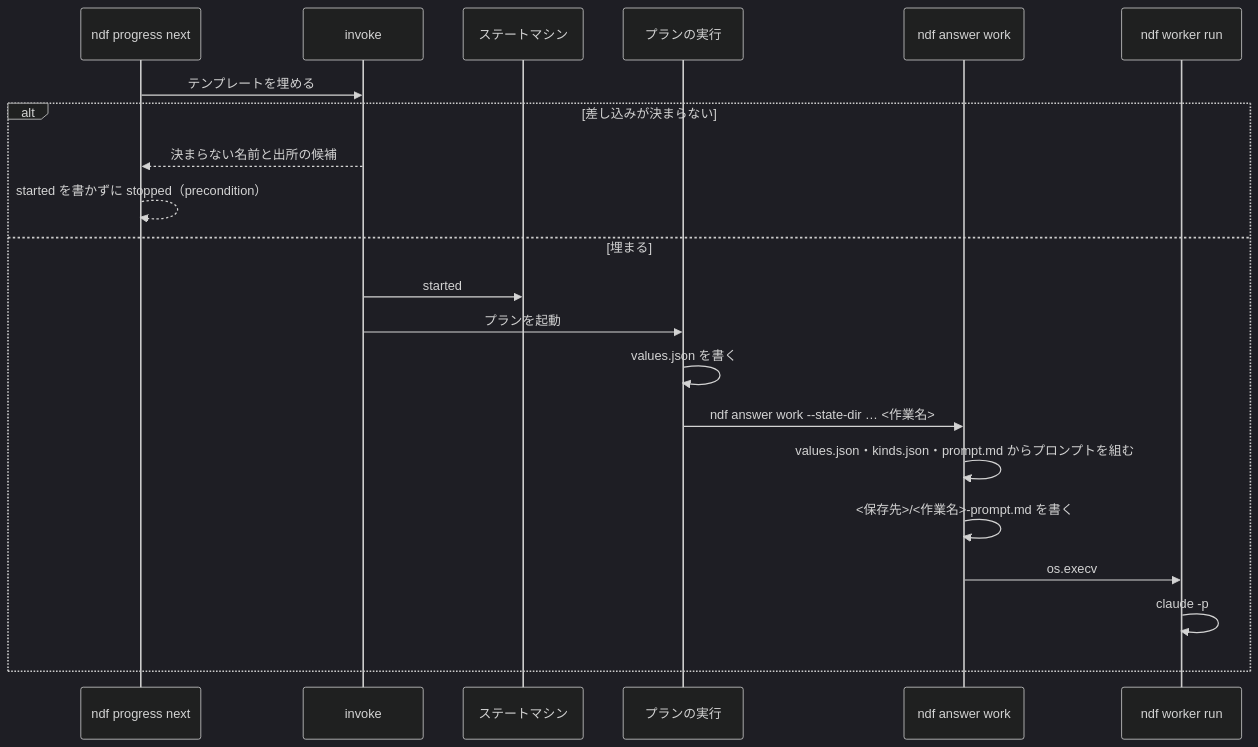
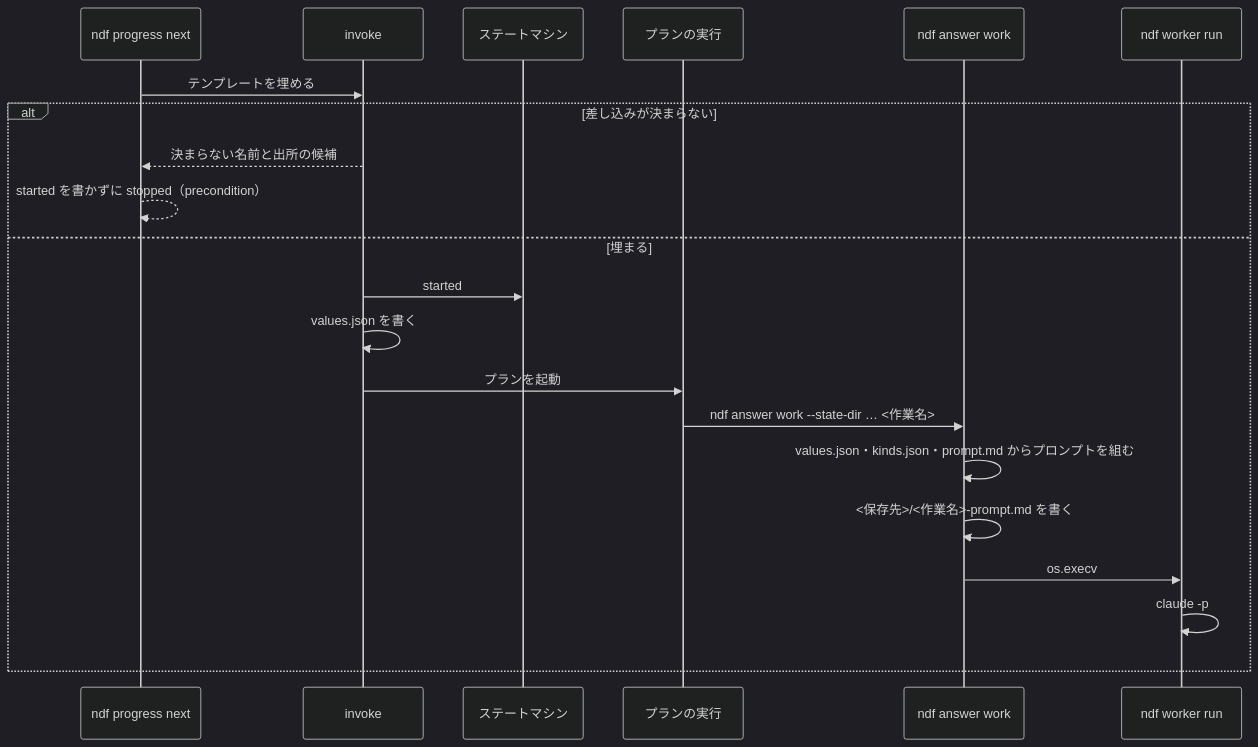
One commit to devbasex/ai-plugins changed the fourth of 4 diagrams in issues/issue-3908-design.md. Above: the diagram before and after it, drawn with Mermaid (dark theme). The commit also changed other lines of this file and 2 other files, not shown here.

````diff
--- a/issues/issue-3908-design.md
+++ b/issues/issue-3908-design.md
@@ -140,23 +141,23 @@
 ```mermaid
 sequenceDiagram
     participant N as ndf progress next
     participant I as invoke
     participant M as ステートマシン
     participant R as プランの実行
     participant A as ndf answer work
     participant W as ndf worker run
     N->>I: テンプレートを埋める
     alt 差し込みが決まらない
         I-->>N: 決まらない名前と出所の候補
         N-->>N: started を書かずに stopped（precondition）
     else 埋まる
         I->>M: started
+        I->>I: values.json を書く
         I->>R: プランを起動
-        R->>R: values.json を書く
         R->>A: ndf answer work --state-dir … <作業名>
         A->>A: values.json・kinds.json・prompt.md からプロンプトを組む
         A->>A: <保存先>/<作業名>-prompt.md を書く
         A->>W: os.execv
         W->>W: claude -p
     end
 ```
````
